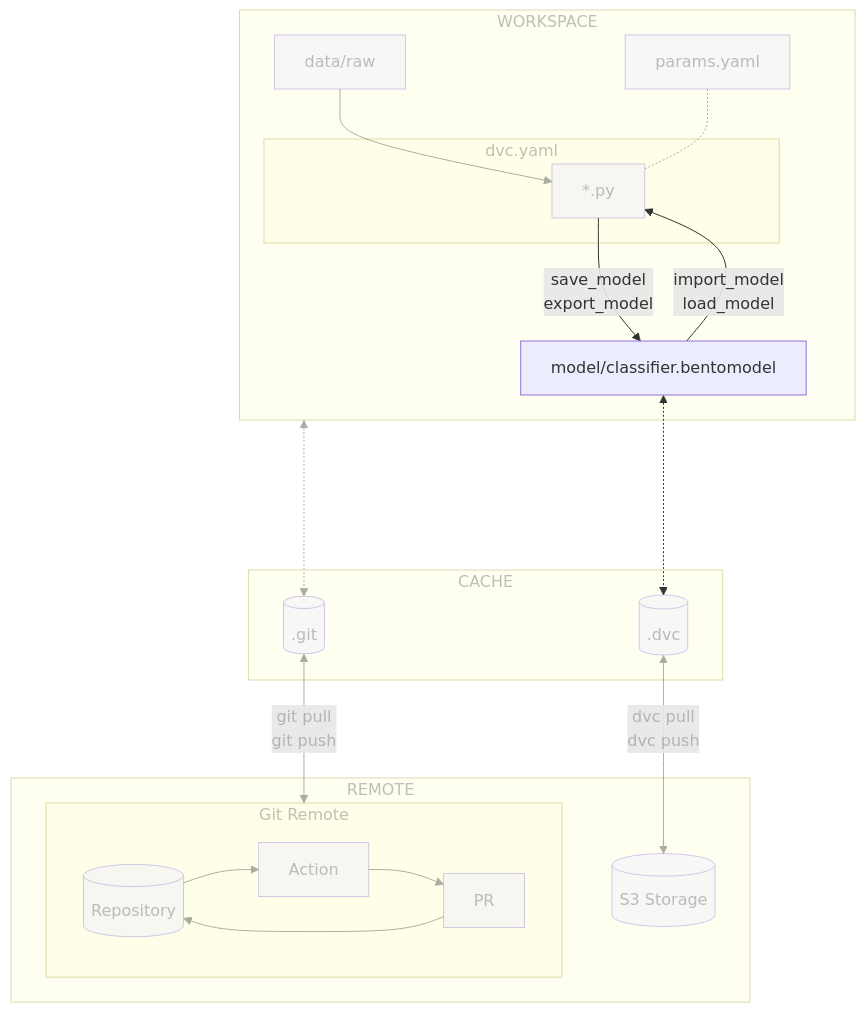
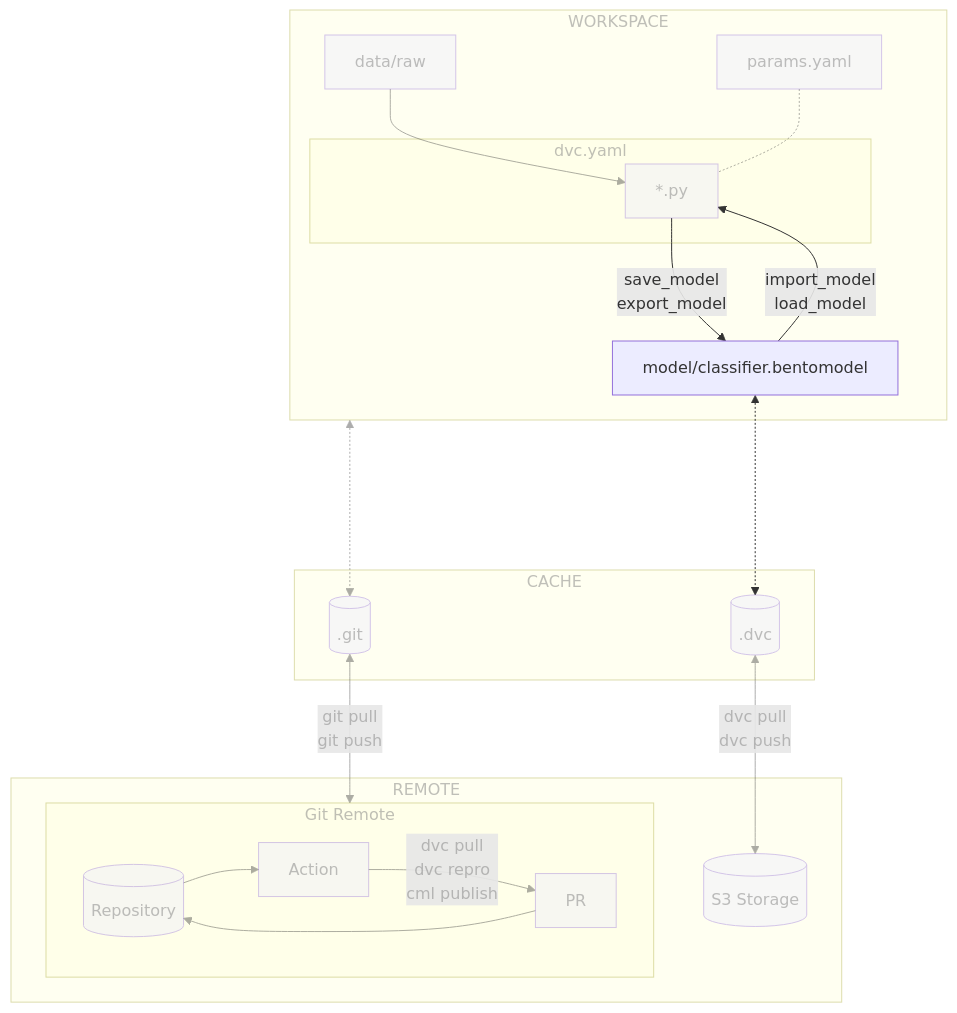
One commit to swiss-ai-center/a-guide-to-mlops changed the diagram in docs/part-3-serve-and-deploy-the-model/chapter-11-save-and-load-the-model-with-bentoml.md. Above: the diagram before and after it, drawn with Mermaid. The commit also changed 7 other files, not shown here.

Commit message:
Fix mermaid graphs and cleanup

````diff
--- a/docs/part-3-serve-and-deploy-the-model/chapter-11-save-and-load-the-model-with-bentoml.md
+++ b/docs/part-3-serve-and-deploy-the-model/chapter-11-save-and-load-the-model-with-bentoml.md
@@ -24,52 +24,58 @@
 ```mermaid
 flowchart TB
-    dot_dvc[(.dvc)] <-->|dvc pull\ndvc push| s3_storage[(S3 Storage)]
-    dot_git[(.git)] <-->|git pull\ngit push| gitGraph[Git Remote]
+    dot_dvc[(.dvc)] <-->|dvc pull
+                         dvc push| s3_storage[(S3 Storage)]
+    dot_git[(.git)] <-->|git pull
+                         git push| gitGraph[Git Remote]
     workspaceGraph <-....-> dot_git
     data[data/raw]
     subgraph remoteGraph[REMOTE]
         s3_storage
         subgraph gitGraph[Git Remote]
             repository[(Repository)] --> action[Action]
-            action[Action] --> request[PR]
+            action --> |dvc pull
+                        dvc repro
+                        cml publish|request[PR]
             request --> repository[(Repository)]
         end
     end
     subgraph cacheGraph[CACHE]
         dot_dvc
         dot_git
     end
     subgraph workspaceGraph[WORKSPACE]
         data --> code[*.py]
         subgraph dvcGraph["dvc.yaml"]
             code
         end
         params[params.yaml] -.- code
         bento_model[model/classifier.bentomodel]
         bento_model <-.-> dot_dvc
-        code --> |save_model\nexport_model|bento_model
-        bento_model --> |import_model\nload_model|code
+        code --> |save_model
+                  export_model|bento_model
+        bento_model --> |import_model
+                         load_model|code
     end
     style workspaceGraph opacity:0.4,color:#7f7f7f80
     style dvcGraph opacity:0.4,color:#7f7f7f80
     style cacheGraph opacity:0.4,color:#7f7f7f80
     style data opacity:0.4,color:#7f7f7f80
     style dot_git opacity:0.4,color:#7f7f7f80
     style dot_dvc opacity:0.4,color:#7f7f7f80
     style code opacity:0.4,color:#7f7f7f80
     style params opacity:0.4,color:#7f7f7f80
     style s3_storage opacity:0.4,color:#7f7f7f80
     style repository opacity:0.4,color:#7f7f7f80
     style action opacity:0.4,color:#7f7f7f80
     style request opacity:0.4,color:#7f7f7f80
     style remoteGraph opacity:0.4,color:#7f7f7f80
     style gitGraph opacity:0.4,color:#7f7f7f80
     linkStyle 0 opacity:0.4,color:#7f7f7f80
     linkStyle 1 opacity:0.4,color:#7f7f7f80
     linkStyle 2 opacity:0.4,color:#7f7f7f80
     linkStyle 3 opacity:0.4,color:#7f7f7f80
     linkStyle 4 opacity:0.4,color:#7f7f7f80
     linkStyle 5 opacity:0.4,color:#7f7f7f80
     linkStyle 6 opacity:0.4,color:#7f7f7f80
     linkStyle 7 opacity:0.4,color:#7f7f7f80
 ```
````
